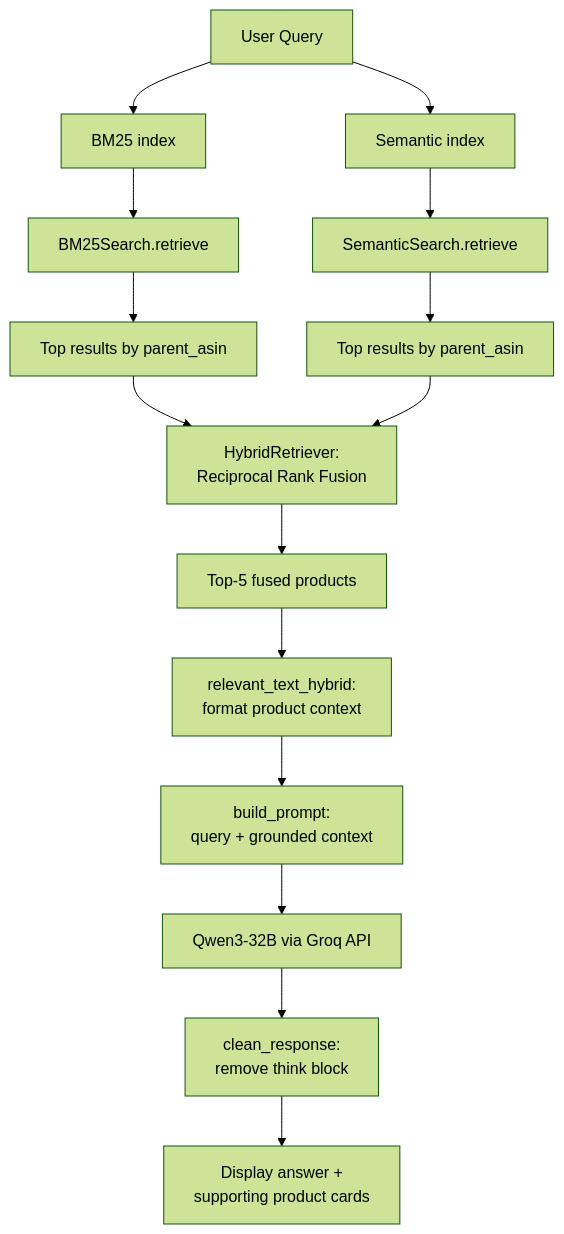
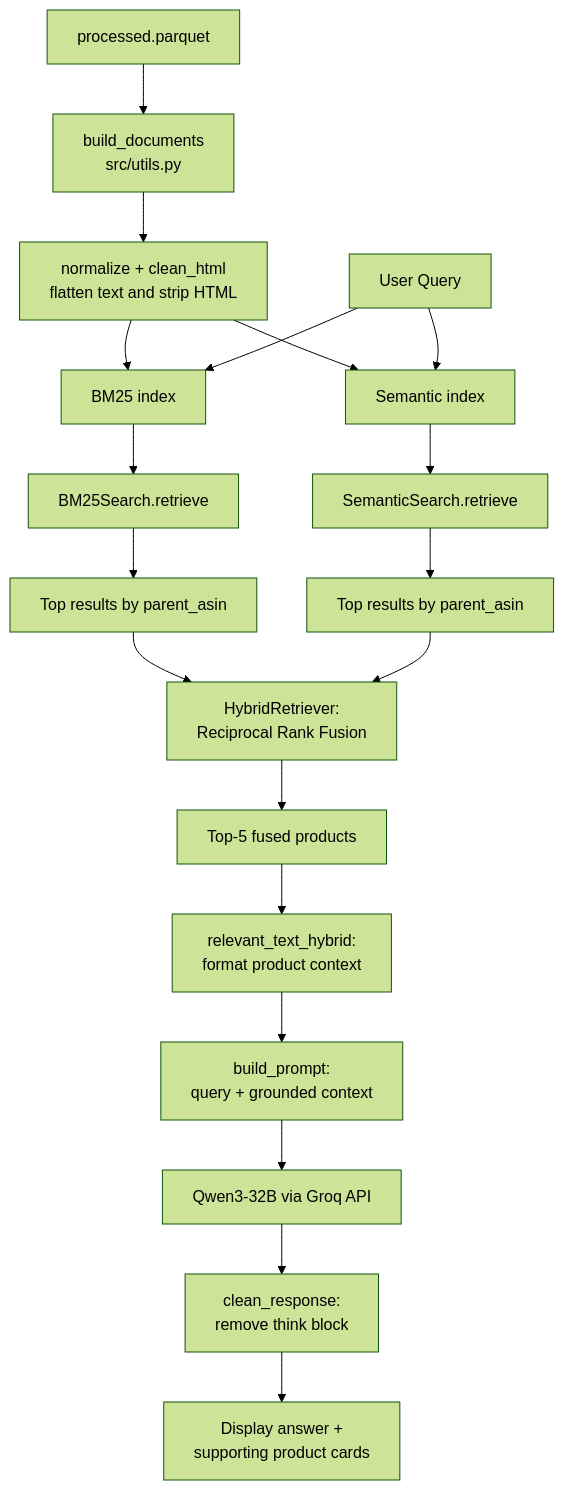
The second of 2 diagrams in README.md (iangault/product-search-rag), drawn with Mermaid (forest theme) before and after one commit. The commit also changed other lines of this file and 1 other file, not shown here.

Commit message:
readme update

````diff
--- a/README.md
+++ b/README.md
@@ -48,17 +51,21 @@
 ```mermaid
 flowchart TD
-    A[User Query] --> B[BM25 index]
-    A --> C[Semantic index]
+    P[processed.parquet] --> Q[build_documents<br/>src/utils.py]
+    Q --> R[normalize + clean_html<br/>flatten text and strip HTML]
+    R --> B[BM25 index]
+    R --> C[Semantic index]
+    A[User Query] --> B
+    A --> C
     B --> D[BM25Search.retrieve]
     C --> E[SemanticSearch.retrieve]
     D --> F[Top results by parent_asin]
     E --> G[Top results by parent_asin]
     F --> H[HybridRetriever:<br/>Reciprocal Rank Fusion]
     G --> H
     H --> I[Top-5 fused products]
     I --> J[relevant_text_hybrid:<br/>format product context]
     J --> K[build_prompt:<br/>query + grounded context]
     K --> L[Qwen3-32B via Groq API]
     L --> M[clean_response:<br/>remove think block]
     M --> N[Display answer +<br/>supporting product cards]
 ```
````
